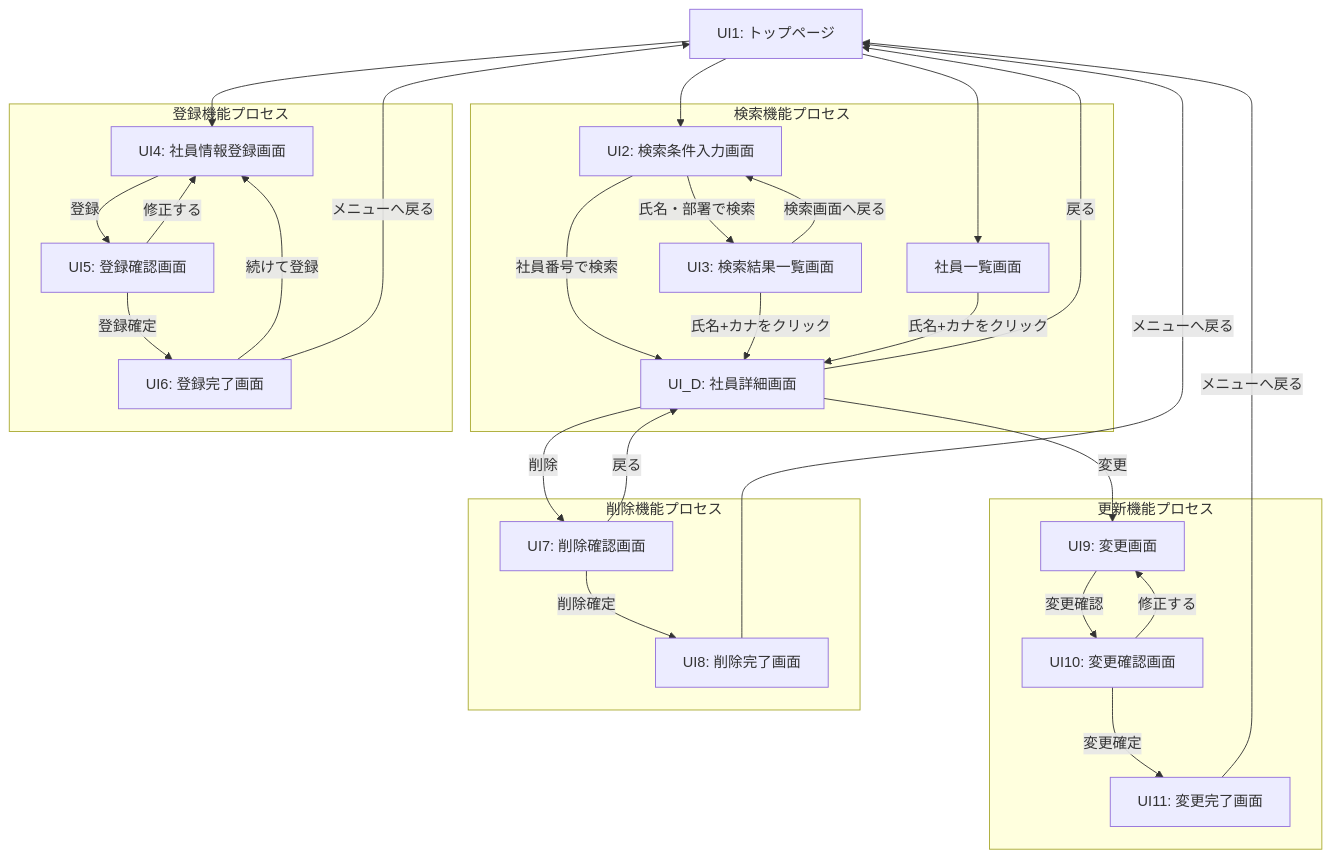
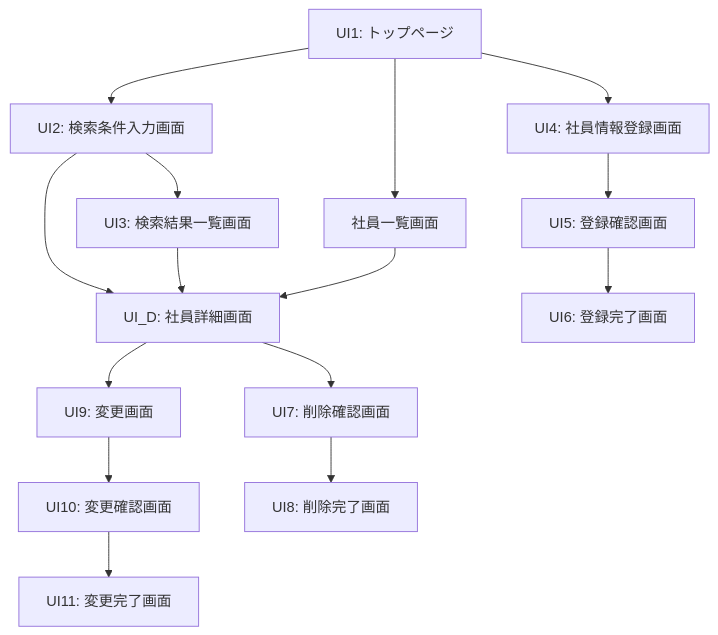
The second of 8 diagrams in EIMS_Comprehensive_Exercise_Guide.md (juyeongjung1/NewEIMS), drawn with Mermaid before and after one commit. The commit also changed other lines of this file, not shown here.

Commit message:
UIフロー図を原本の構成（全体図＋機能別図に分割）へ再構成

````diff
--- a/EIMS_Comprehensive_Exercise_Guide.md
+++ b/EIMS_Comprehensive_Exercise_Guide.md
@@ -531,39 +533,21 @@
 ```mermaid
 flowchart TD
     UI1[UI1: トップページ] --> UI2[UI2: 検索条件入力画面]
     UI1 --> UI_L[社員一覧画面]
     UI1 --> UI4[UI4: 社員情報登録画面]
     
-    subgraph 検索機能プロセス
-        UI2 -- "社員番号で検索" --> UI_D[UI_D: 社員詳細画面]
-        UI2 -- "氏名・部署で検索" --> UI3[UI3: 検索結果一覧画面]
-        UI3 -- "氏名+カナをクリック" --> UI_D
-        UI_L -- "氏名+カナをクリック" --> UI_D
-    end
+    UI2 --> UI_D[UI_D: 社員詳細画面]
+    UI2 --> UI3[UI3: 検索結果一覧画面]
+    UI3 --> UI_D
+    UI_L --> UI_D
     
-    subgraph 登録機能プロセス
-        UI4 -- "登録" --> UI5[UI5: 登録確認画面]
-        UI5 -- "登録確定" --> UI6[UI6: 登録完了画面]
-        UI5 -- "修正する" --> UI4
-        UI6 -- "続けて登録" --> UI4
-    end
+    UI4 --> UI5[UI5: 登録確認画面]
+    UI5 --> UI6[UI6: 登録完了画面]
     
-    subgraph 更新機能プロセス
-        UI_D -- "変更" --> UI9[UI9: 変更画面]
-        UI9 -- "変更確認" --> UI10[UI10: 変更確認画面]
-        UI10 -- "変更確定" --> UI11[UI11: 変更完了画面]
-        UI10 -- "修正する" --> UI9
-    end
+    UI_D --> UI9[UI9: 変更画面]
+    UI9 --> UI10[UI10: 変更確認画面]
+    UI10 --> UI11[UI11: 変更完了画面]
     
-    subgraph 削除機能プロセス
-        UI_D -- "削除" --> UI7[UI7: 削除確認画面]
-        UI7 -- "削除確定" --> UI8[UI8: 削除完了画面]
-        UI7 -- "戻る" --> UI_D
-    end
-    
-    UI_D -->|戻る| UI1
-    UI3 -->|検索画面へ戻る| UI2
-    UI6 -->|メニューへ戻る| UI1
-    UI11 -->|メニューへ戻る| UI1
-    UI8 -->|メニューへ戻る| UI1
+    UI_D --> UI7[UI7: 削除確認画面]
+    UI7 --> UI8[UI8: 削除完了画面]
 ```
````
